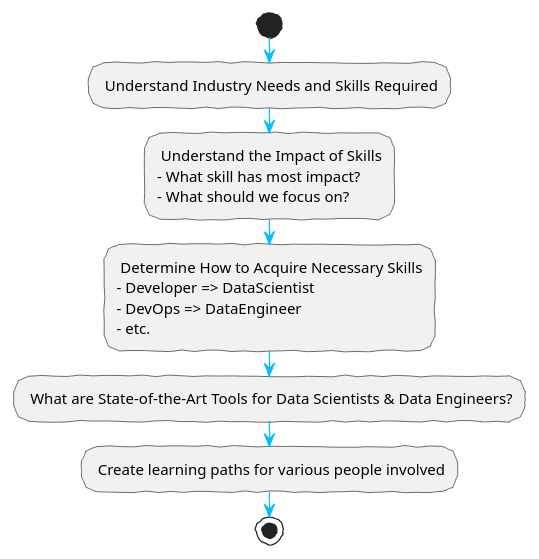
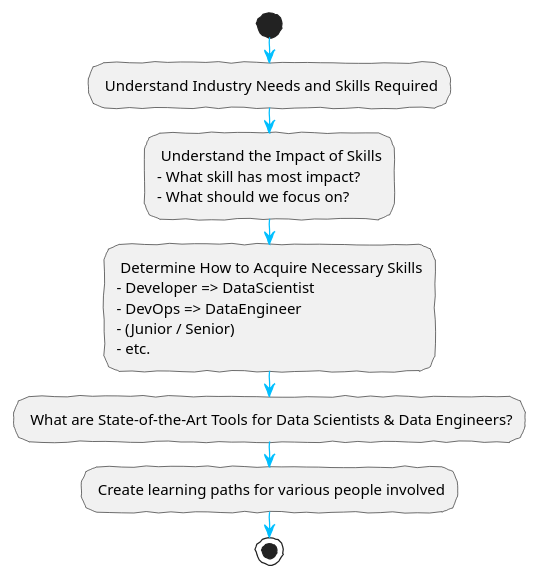
The diagram in src/content/docs/ai/Markets/from-market-needs-to-developer.puml (7frank/ai-ui-playground), drawn with PlantUML before and after one commit. The commit also changed 1 other file, not shown here.

```diff
--- a/src/content/docs/ai/Markets/from-market-needs-to-developer.puml
+++ b/src/content/docs/ai/Markets/from-market-needs-to-developer.puml
@@ -1,39 +1,40 @@
 @startuml
 
 skinparam handwritten true
 
 skinparam sequence {
 ArrowColor DeepSkyBlue
 ActorBorderColor DeepSkyBlue
 LifeLineBorderColor blue
 LifeLineBackgroundColor #A9DCDF
 
 ParticipantBorderColor DodgerBlue
 ParticipantBackgroundColor DeepSkyBlue
 
 ParticipantFontColor #333
 
 ActorBackgroundColor aqua
 ActorFontColor DeepSkyBlue
 ActorFontSize 17
 ActorFontName Aapex
 }
 
 
 start
 
 : Understand Industry Needs and Skills Required;
 : Understand the Impact of Skills
 - What skill has most impact?
 - What should we focus on?;
 : Determine How to Acquire Necessary Skills
 - Developer => DataScientist
 - DevOps => DataEngineer
+- (Junior / Senior)
 - etc.;
 : What are State-of-the-Art Tools for Data Scientists & Data Engineers?;
 : Create learning paths for various people involved; 
 
 
 stop
 
 @enduml
```
